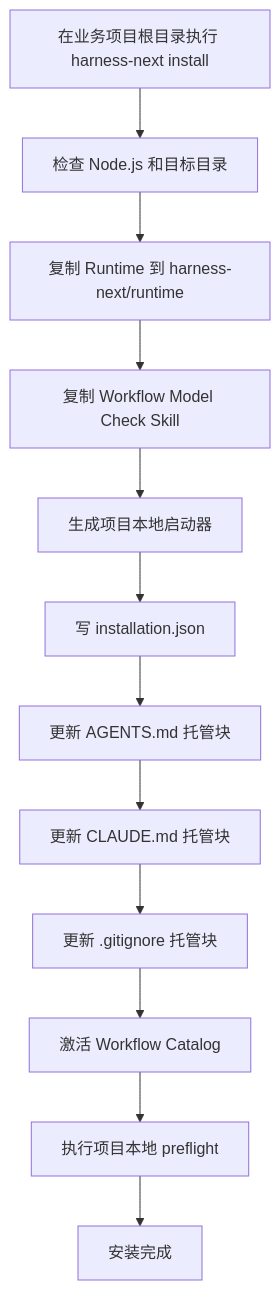
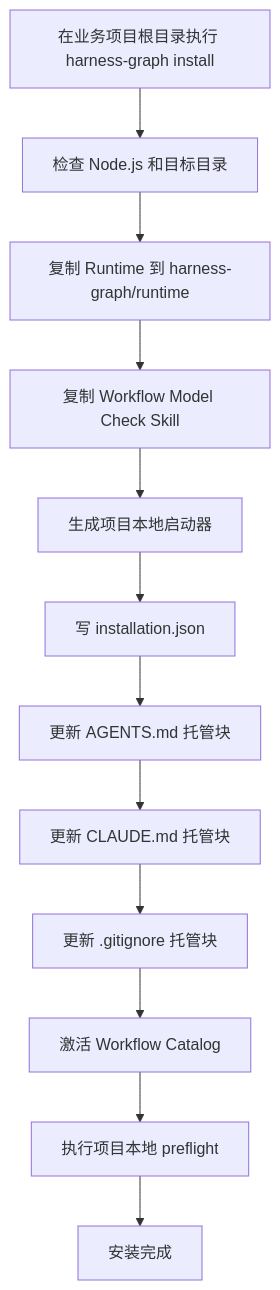
Before and after one commit to evander-wang/harness-graph: the first of 2 diagrams in docs/superpowers/specs/2026-08-03-project-local-installation-design.md, drawn with Mermaid. The commit also changed other lines of this file and 38 other files, not shown here.

Commit message:
feat: rename project to Harness Graph

````diff
--- a/docs/superpowers/specs/2026-08-03-project-local-installation-design.md
+++ b/docs/superpowers/specs/2026-08-03-project-local-installation-design.md
@@ -639,14 +640,14 @@
 ```mermaid
 flowchart TD
-    A[在业务项目根目录执行 harness-next install] --> B[检查 Node.js 和目标目录]
-    B --> C[复制 Runtime 到 harness-next/runtime]
+    A[在业务项目根目录执行 harness-graph install] --> B[检查 Node.js 和目标目录]
+    B --> C[复制 Runtime 到 harness-graph/runtime]
     C --> D[复制 Workflow Model Check Skill]
     D --> E[生成项目本地启动器]
     E --> F[写 installation.json]
     F --> G[更新 AGENTS.md 托管块]
     G --> H[更新 CLAUDE.md 托管块]
     H --> I[更新 .gitignore 托管块]
     I --> J[激活 Workflow Catalog]
     J --> K[执行项目本地 preflight]
     K --> L[安装完成]
 ```
````
